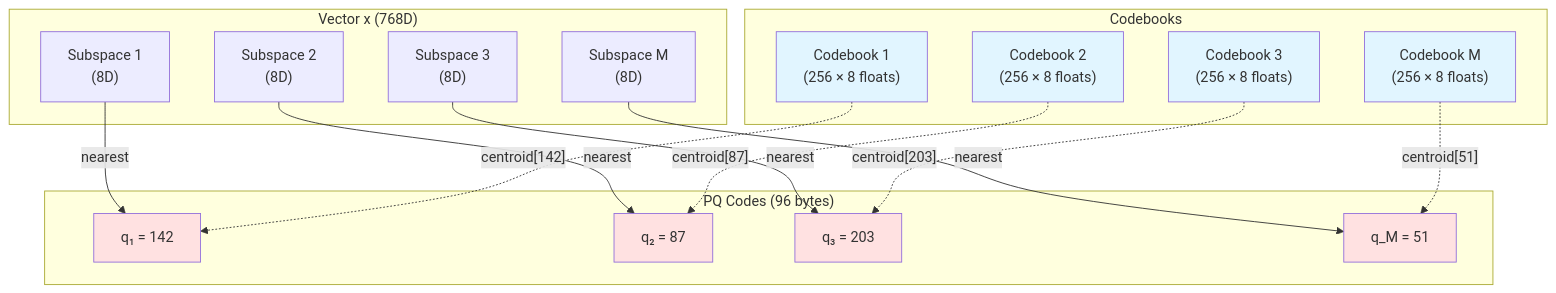
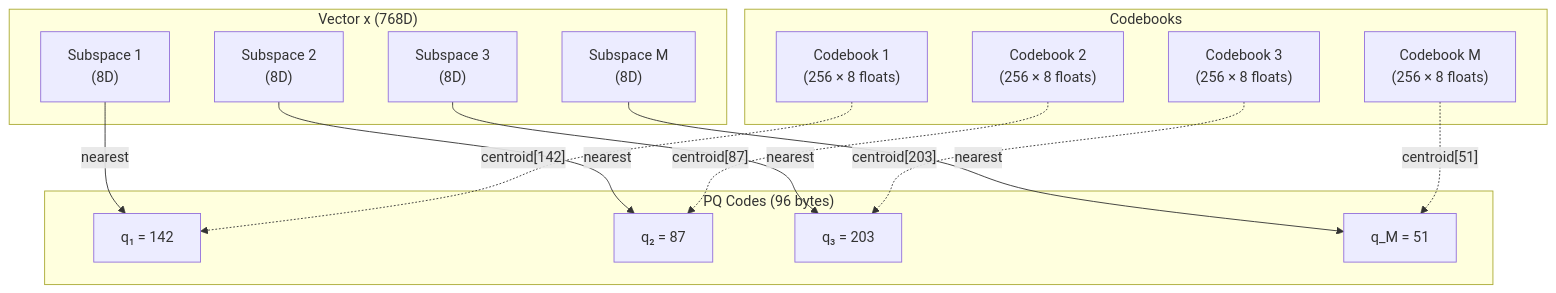
One commit to nexepic/zyx changed the first of 2 diagrams in docs/en/algorithms/product-quantization.md. Above: the diagram before and after it, drawn with Mermaid. The commit also changed other lines of this file and 13 other files, not shown here.

First line of the commit message:
fix: remove ASCII art and colorful diagrams from algorithm docs

````diff
--- a/docs/en/algorithms/product-quantization.md
+++ b/docs/en/algorithms/product-quantization.md
@@ -164,42 +164,33 @@
 ```mermaid
 graph TB
     subgraph "Codebooks"
         C1["Codebook 1<br/>(256 × 8 floats)"]
         C2["Codebook 2<br/>(256 × 8 floats)"]
         C3["Codebook 3<br/>(256 × 8 floats)"]
         C4["Codebook M<br/>(256 × 8 floats)"]
     end
 
     subgraph "Vector x (768D)"
         V1["Subspace 1<br/>(8D)"]
         V2["Subspace 2<br/>(8D)"]
         V3["Subspace 3<br/>(8D)"]
         V4["Subspace M<br/>(8D)"]
     end
 
     subgraph "PQ Codes (96 bytes)"
         P1["q₁ = 142"]
         P2["q₂ = 87"]
         P3["q₃ = 203"]
         P4["q_M = 51"]
     end
 
     V1 -->|"nearest"| P1
     V2 -->|"nearest"| P2
     V3 -->|"nearest"| P3
     V4 -->|"nearest"| P4
 
     C1 -.->|"centroid[142]"| P1
     C2 -.->|"centroid[87]"| P2
     C3 -.->|"centroid[203]"| P3
     C4 -.->|"centroid[51]"| P4
-
-    style C1 fill:#e1f5ff
-    style C2 fill:#e1f5ff
-    style C3 fill:#e1f5ff
-    style C4 fill:#e1f5ff
-    style P1 fill:#ffe1e1
-    style P2 fill:#ffe1e1
-    style P3 fill:#ffe1e1
-    style P4 fill:#ffe1e1
 ```
````
